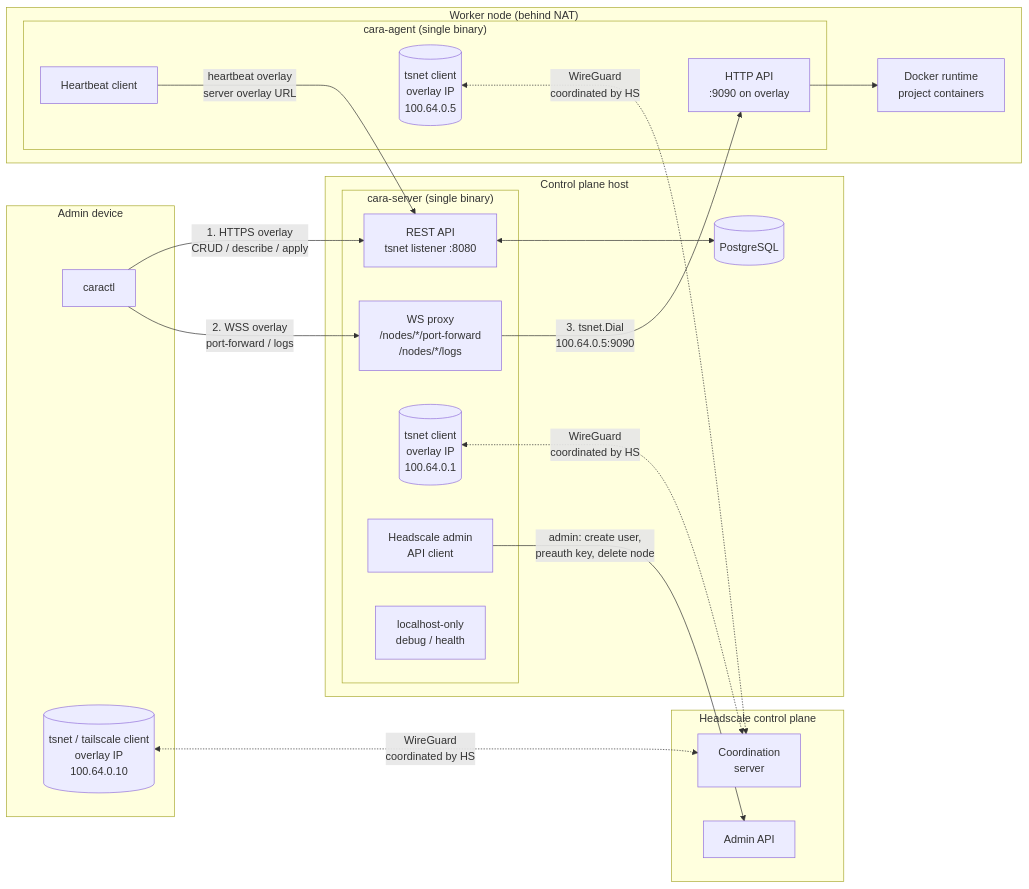
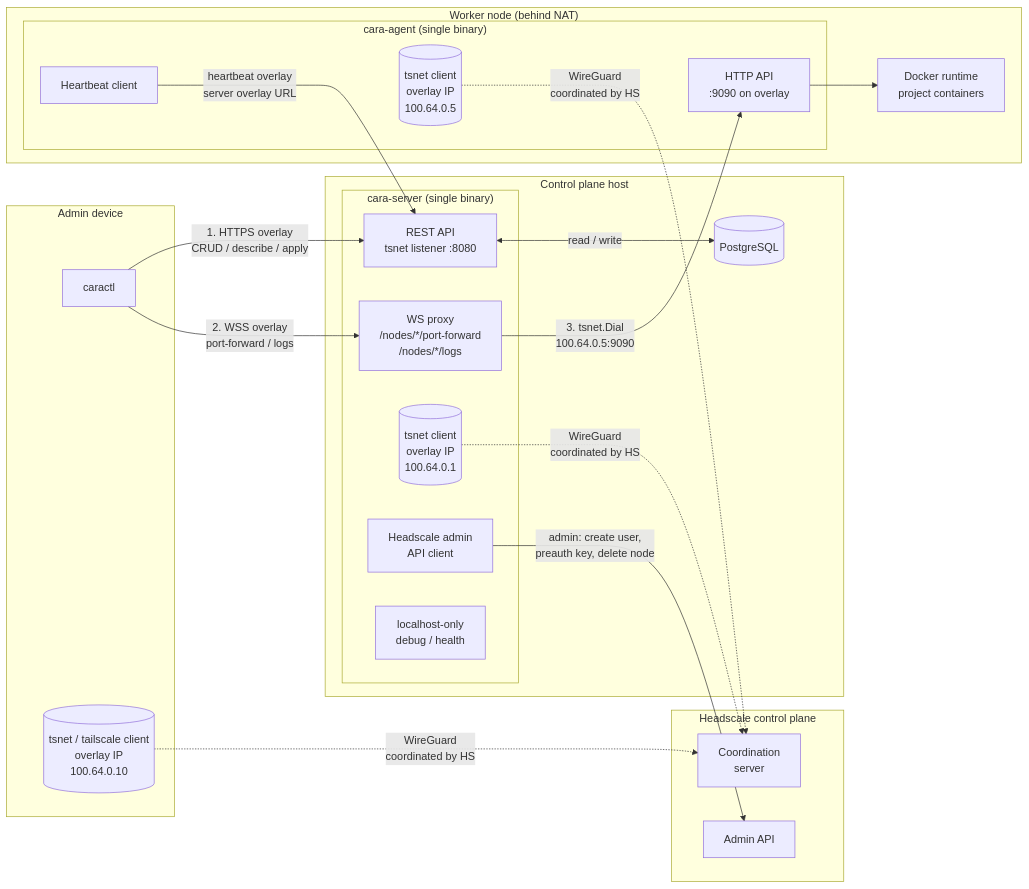
Before and after one commit to NYCU-SDC/caravanserai: the first of 4 diagrams in docs/design/headscale-overlay.md, drawn with Mermaid. The commit also changed other lines of this file, not shown here.

````diff
--- a/docs/design/headscale-overlay.md
+++ b/docs/design/headscale-overlay.md
@@ -49,47 +18,47 @@
 ```mermaid
 flowchart LR
   subgraph User["Admin device"]
     Ctl[caractl]
     TsCtl[(tsnet / tailscale client<br/>overlay IP<br/>100.64.0.10)]
   end
 
   subgraph CP["Control plane host"]
     subgraph SrvBin["cara-server (single binary)"]
       API[REST API<br/>tsnet listener :8080]
       Proxy[WS proxy<br/>/nodes/*/port-forward<br/>/nodes/*/logs]
       TsSrv[(tsnet client<br/>overlay IP<br/>100.64.0.1)]
       HSClient[Headscale admin<br/>API client]
       LocalDebug[localhost-only<br/>debug / health]
     end
     DB[(PostgreSQL)]
   end
 
   subgraph HS["Headscale control plane"]
     HSAPI[Admin API]
     HSCoord[Coordination<br/>server]
   end
 
   subgraph N1["Worker node (behind NAT)"]
     subgraph AgBin["cara-agent (single binary)"]
       AgHB[Heartbeat client]
       AgHTTP[HTTP API<br/>:9090 on overlay]
       TsAg[(tsnet client<br/>overlay IP<br/>100.64.0.5)]
     end
     Docker[Docker runtime<br/>project containers]
   end
 
   Ctl -- "1. HTTPS overlay<br/>CRUD / describe / apply" --> API
   Ctl -- "2. WSS overlay<br/>port-forward / logs" --> Proxy
 
-  API <--> DB
+  API <-->|read / write| DB
   HSClient -- "admin: create user,<br/>preauth key, delete node" --> HSAPI
 
-  TsCtl <-. "WireGuard<br/>coordinated by HS" .-> HSCoord
-  TsSrv <-. "WireGuard<br/>coordinated by HS" .-> HSCoord
-  TsAg  <-. "WireGuard<br/>coordinated by HS" .-> HSCoord
+  TsCtl -.->|WireGuard<br/>coordinated by HS| HSCoord
+  TsSrv -.->|WireGuard<br/>coordinated by HS| HSCoord
+  TsAg  -.->|WireGuard<br/>coordinated by HS| HSCoord
 
   Proxy -- "3. tsnet.Dial<br/>100.64.0.5:9090" --> AgHTTP
   AgHB -- "heartbeat overlay<br/>server overlay URL" --> API
 
   AgHTTP --> Docker
 ```
````
